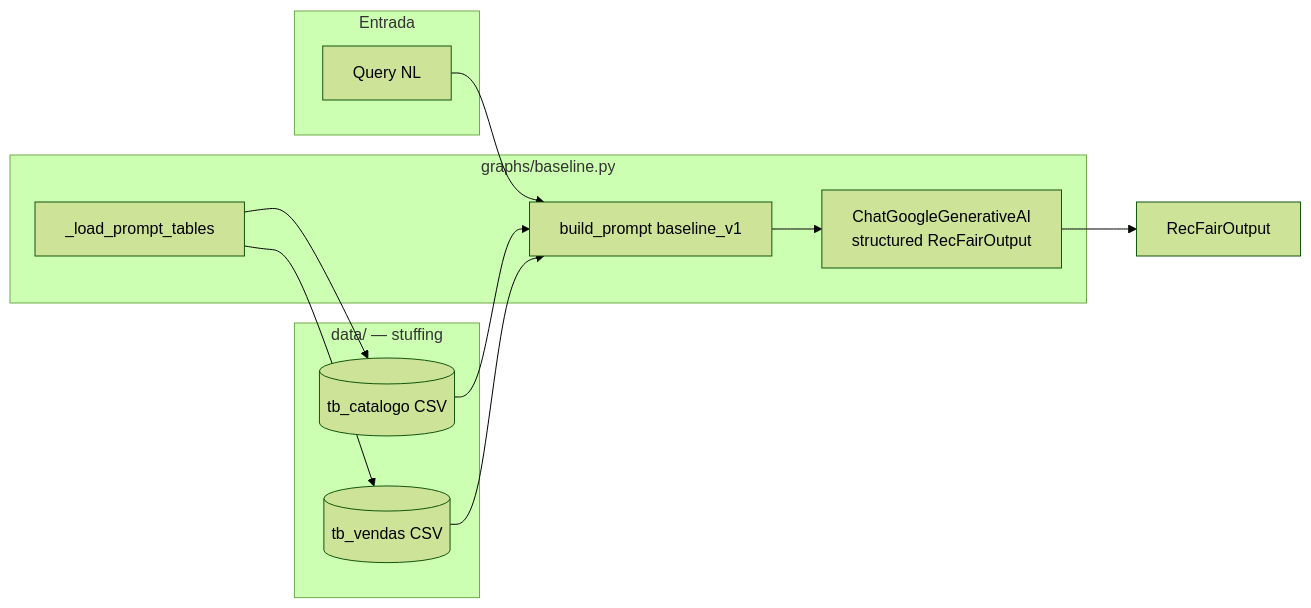
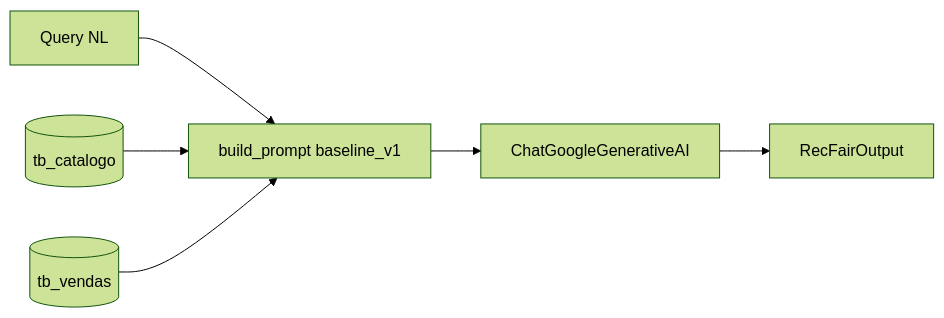
Before and after one commit to andluizsouza/unicamp-llm-agents: the second of 3 diagrams in recfair/docs/architecture.md, drawn with Mermaid (forest theme). The commit also changed other lines of this file and 56 other files, not shown here.

Commit message:
feat: update architecture to multiagent system

````diff
--- a/recfair/docs/architecture.md
+++ b/recfair/docs/architecture.md
@@ -71,25 +109,8 @@
 ```mermaid
 flowchart LR
-    subgraph input [Entrada]
-        Q[Query NL]
-    end
-
-    subgraph baseline [graphs/baseline.py]
-        LOAD[_load_prompt_tables]
-        PROMPT[build_prompt baseline_v1]
-        LLM[ChatGoogleGenerativeAI\nstructured RecFairOutput]
-    end
-
-    subgraph data [data/ — stuffing]
-        CAT[(tb_catalogo CSV)]
-        SAL[(tb_vendas CSV)]
-    end
-
-    Q --> PROMPT
-    LOAD --> CAT
-    LOAD --> SAL
-    CAT --> PROMPT
-    SAL --> PROMPT
-    PROMPT --> LLM
+    Q[Query NL] --> PROMPT[build_prompt baseline_v1]
+    CAT[(tb_catalogo)] --> PROMPT
+    SAL[(tb_vendas)] --> PROMPT
+    PROMPT --> LLM[ChatGoogleGenerativeAI]
     LLM --> OUT[RecFairOutput]
 ```
````
